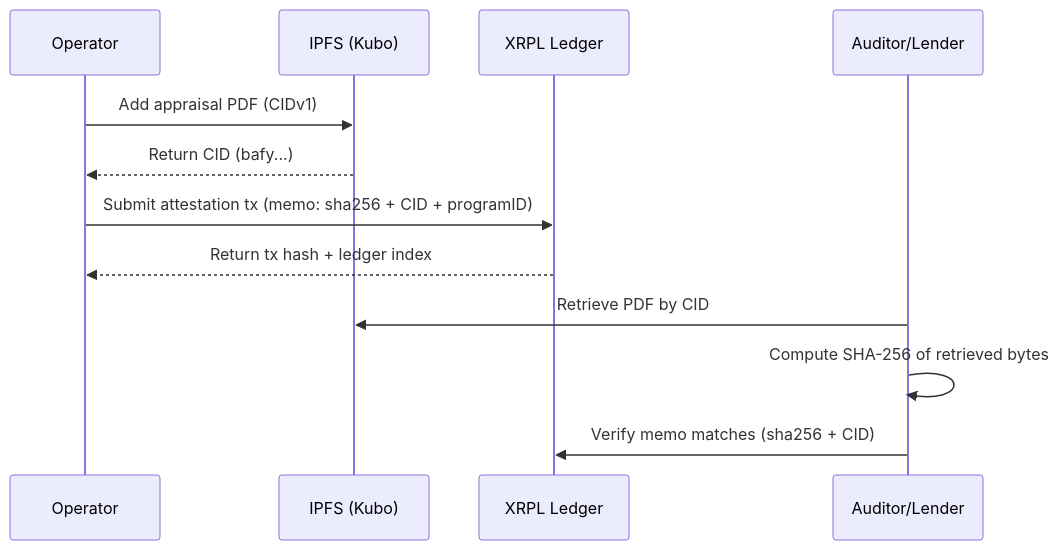
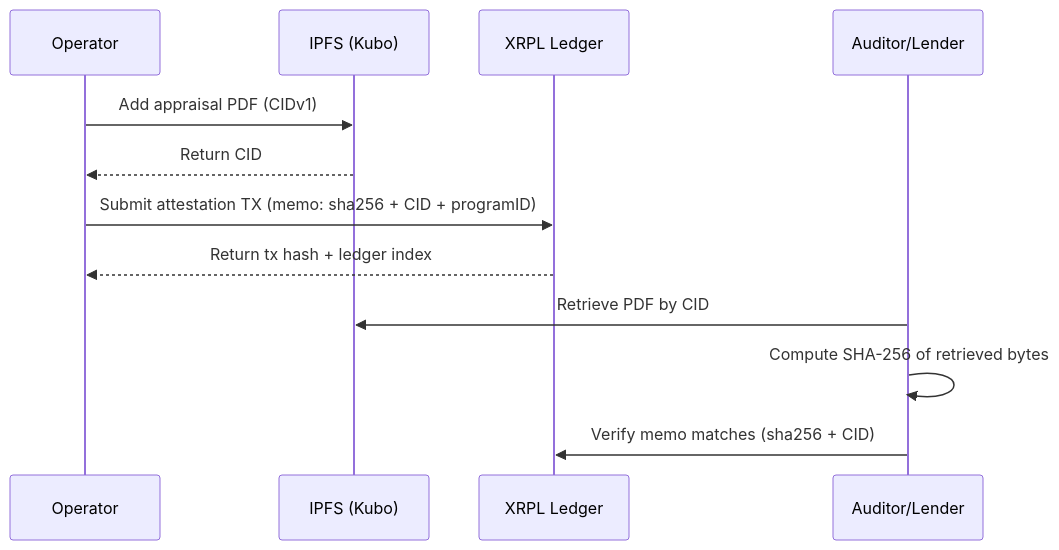
Before and after one commit to Y3KDigital/axlusd: the second of 7 diagrams in diagrams/00-Color-Coded-Overview.md, drawn with Mermaid. The commit also changed other lines of this file and 7 other files, not shown here.

Commit message:
SR-level TOC + color-coded diagrams

````diff
--- a/diagrams/00-Color-Coded-Overview.md
+++ b/diagrams/00-Color-Coded-Overview.md
@@ -38,15 +39,15 @@
 ```mermaid
 sequenceDiagram
   participant O as Operator
   participant IPFS as IPFS (Kubo)
   participant XRPL as XRPL Ledger
   participant A as Auditor/Lender
 
   O->>IPFS: Add appraisal PDF (CIDv1)
-  IPFS-->>O: Return CID (bafy...)
-  O->>XRPL: Submit attestation tx (memo: sha256 + CID + programID)
+  IPFS-->>O: Return CID
+  O->>XRPL: Submit attestation TX (memo: sha256 + CID + programID)
   XRPL-->>O: Return tx hash + ledger index
   A->>IPFS: Retrieve PDF by CID
   A->>A: Compute SHA-256 of retrieved bytes
   A->>XRPL: Verify memo matches (sha256 + CID)
 ```
````
